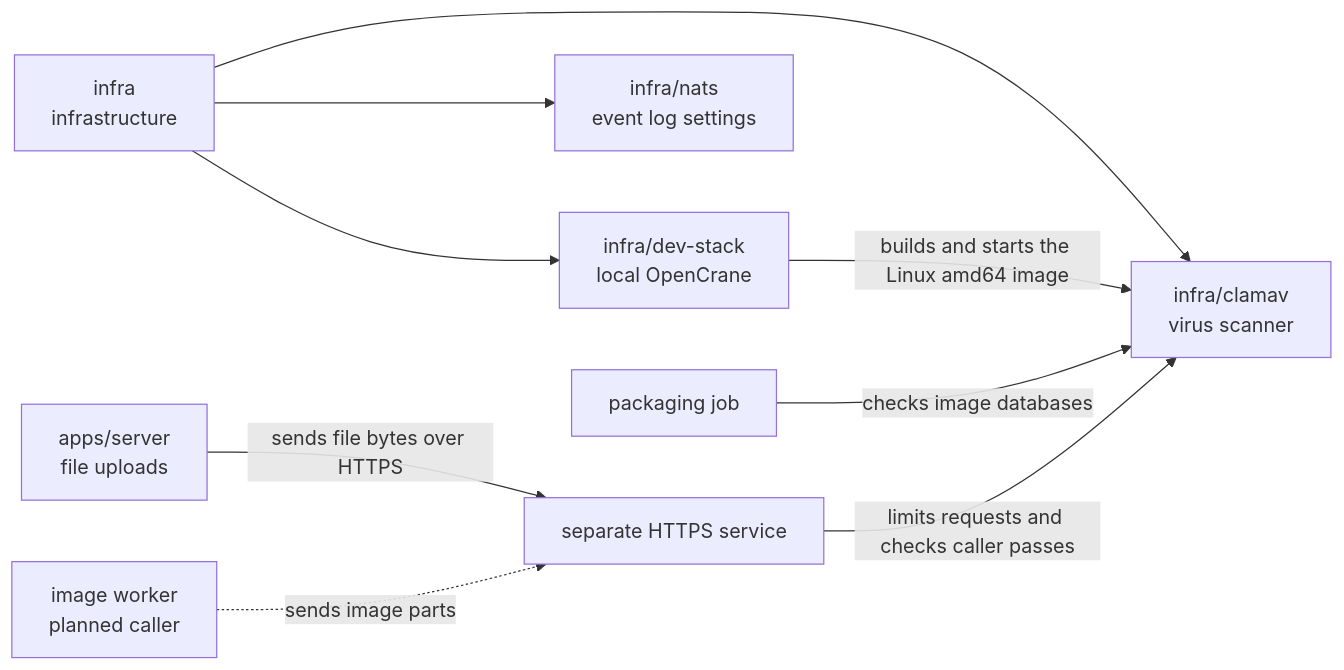
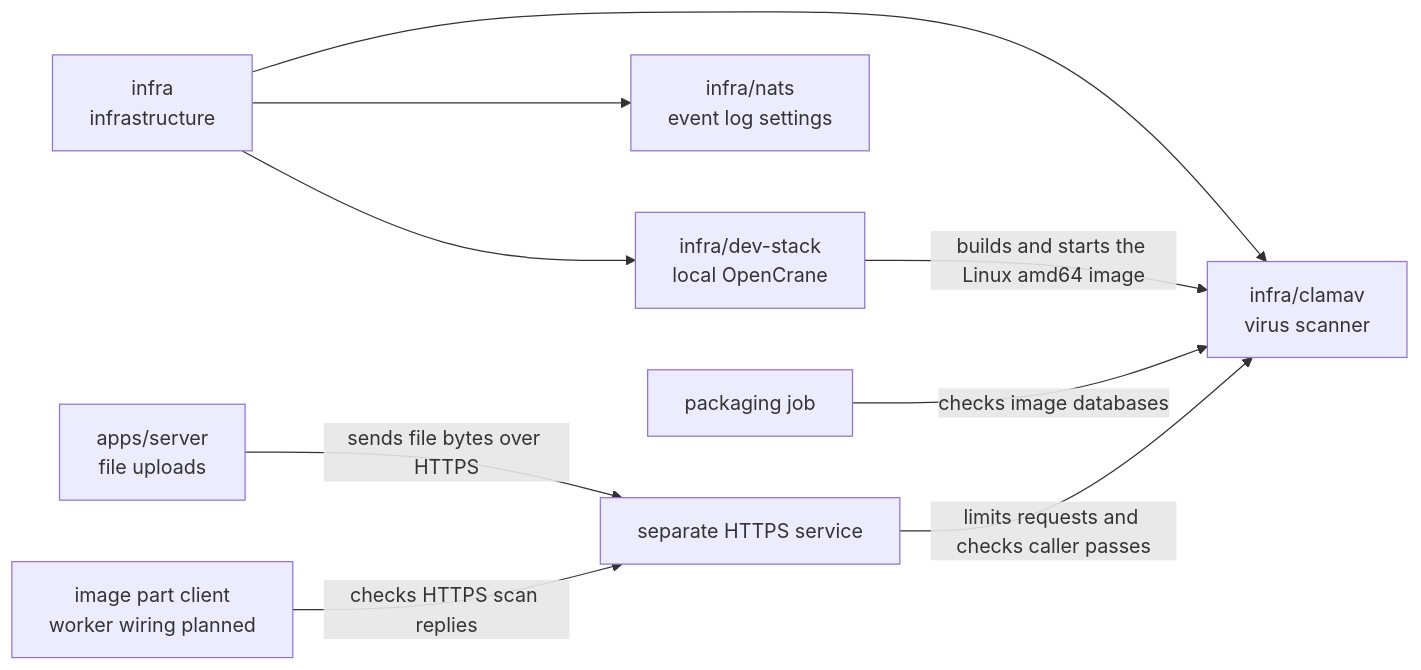
One commit to elewa-git/opencrane-new changed the diagram in infra/clamav/README.md. Above: the diagram before and after it, drawn with Mermaid. The commit also changed other lines of this file and 5 other files, not shown here.

Commit message:
🛡️ Validate authenticated image part replies before use

````diff
--- a/infra/clamav/README.md
+++ b/infra/clamav/README.md
@@ -16,11 +16,11 @@
 ```mermaid
 flowchart LR
   infra["infra<br/>infrastructure"] --> clamav["infra/clamav<br/>virus scanner"]
   infra --> stack["infra/dev-stack<br/>local OpenCrane"]
   infra --> nats["infra/nats<br/>event log settings"]
   stack -->|builds and starts the Linux amd64 image| clamav
   server["apps/server<br/>file uploads"] -->|sends file bytes over HTTPS| launcher
-  worker["image worker<br/>planned caller"] -.->|sends image parts| launcher
+  worker["image part client<br/>worker wiring planned"] -->|checks HTTPS scan replies| launcher
   packaging["packaging job"] -->|checks image databases| clamav
   launcher["separate HTTPS service"] -->|limits requests and checks caller passes| clamav
 ```
````
